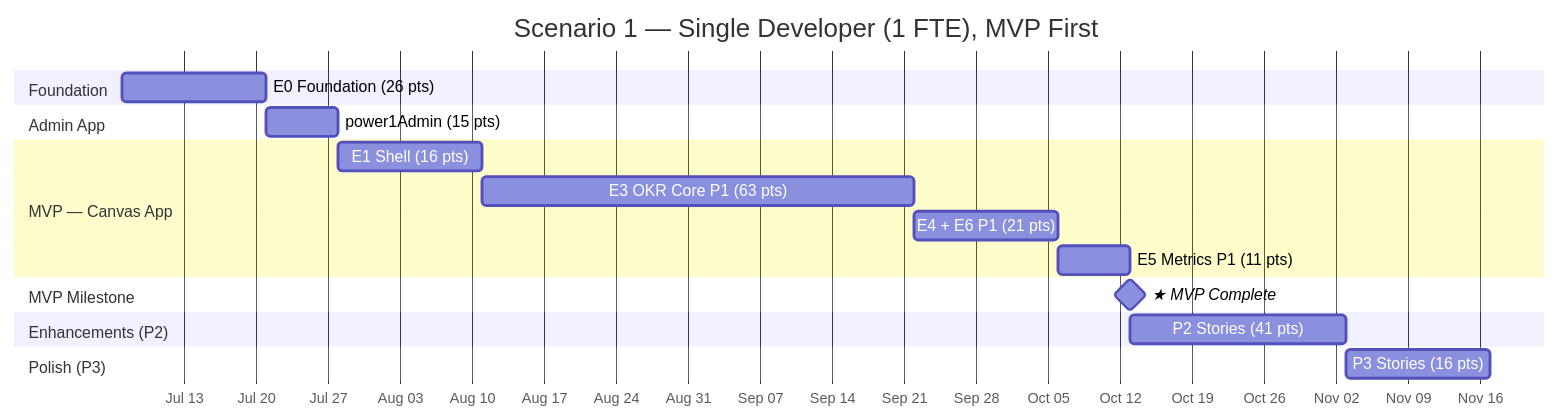
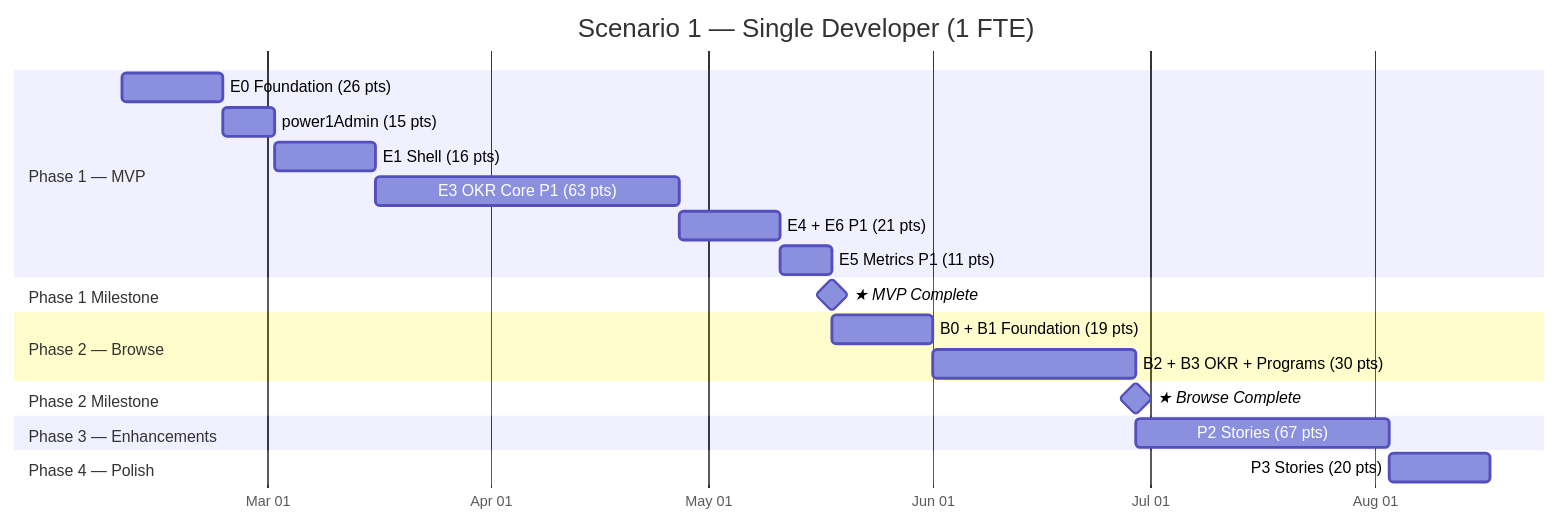
The first of 2 diagrams in product/backlog/planning.md (mlohr/powerOne), drawn with Mermaid before and after one commit. The commit also changed other lines of this file and 1 other file, not shown here.

First line of the commit message:
Update planning: Phase 2 for power1Browse, start date Feb 9, user counts, EUR

````diff
--- a/product/backlog/planning.md
+++ b/product/backlog/planning.md
@@ -146,27 +186,30 @@
 ```mermaid
 gantt
-    title Scenario 1 — Single Developer (1 FTE), MVP First
+    title Scenario 1 — Single Developer (1 FTE)
     dateFormat YYYY-MM-DD
     axisFormat %b %d
 
-    section Foundation
-    E0 Foundation (26 pts)        :s1, 2025-07-07, 14d
-
-    section Admin App
+    section Phase 1 — MVP
+    E0 Foundation (26 pts)        :s1, 2026-02-09, 14d
     power1Admin (15 pts)          :s3, after s1, 7d
-
-    section MVP — Canvas App
     E1 Shell (16 pts)             :s4, after s3, 14d
     E3 OKR Core P1 (63 pts)      :s6, after s4, 42d
     E4 + E6 P1 (21 pts)          :s12, after s6, 14d
     E5 Metrics P1 (11 pts)       :s14, after s12, 7d
 
-    section MVP Milestone
+    section Phase 1 Milestone
     ★ MVP Complete                :milestone, after s14, 0d
 
-    section Enhancements (P2)
-    P2 Stories (41 pts)           :s15, after s14, 21d
+    section Phase 2 — Browse
+    B0 + B1 Foundation (19 pts)   :s15, after s14, 14d
+    B2 + B3 OKR + Programs (30 pts) :s17, after s15, 28d
 
-    section Polish (P3)
-    P3 Stories (16 pts)           :s18, after s15, 14d
+    section Phase 2 Milestone
+    ★ Browse Complete             :milestone, after s17, 0d
+
+    section Phase 3 — Enhancements
+    P2 Stories (67 pts)           :s21, after s17, 35d
+
+    section Phase 4 — Polish
+    P3 Stories (20 pts)           :s26, after s21, 14d
 ```
````
